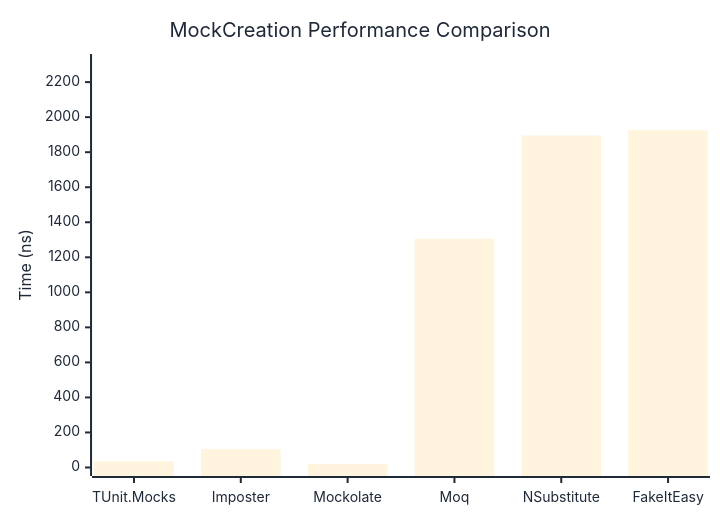
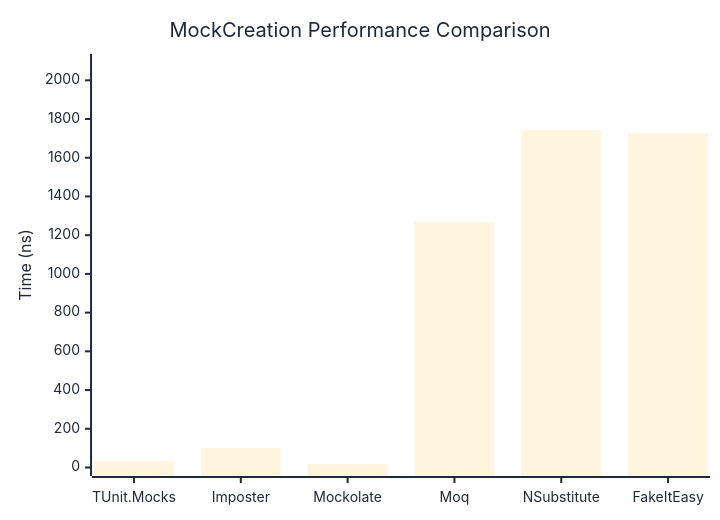
Before and after one commit to thomhurst/TUnit: the first of 2 diagrams in docs/docs/benchmarks/mocks/MockCreation.md, drawn with Mermaid. The commit also changed other lines of this file and 14 other files, not shown here.

````diff
--- a/docs/docs/benchmarks/mocks/MockCreation.md
+++ b/docs/docs/benchmarks/mocks/MockCreation.md
@@ -30,27 +30,27 @@
 ```mermaid
 %%{init: {
   'theme':'base',
   'themeVariables': {
     'primaryColor': '#2563eb',
     'primaryTextColor': '#1f2937',
     'primaryBorderColor': '#1e40af',
     'lineColor': '#6b7280',
     'secondaryColor': '#7c3aed',
     'tertiaryColor': '#dc2626',
     'background': '#ffffff',
     'pie1': '#2563eb',
     'pie2': '#7c3aed',
     'pie3': '#dc2626',
     'pie4': '#f59e0b',
     'pie5': '#10b981',
     'pie6': '#06b6d4',
     'pie7': '#ec4899',
     'pie8': '#6366f1'
   }
 }}%%
 xychart-beta
   title "MockCreation Performance Comparison"
   x-axis ["TUnit.Mocks", "Imposter", "Mockolate", "Moq", "NSubstitute", "FakeItEasy"]
-  y-axis "Time (ns)" 0 --> 2312
-  bar [34.98, 104.81, 20.55, 1305.92, 1894.78, 1926.13]
+  y-axis "Time (ns)" 0 --> 2092
+  bar [33.43, 100.81, 17.82, 1266.56, 1742.91, 1727.53]
 ```
````
